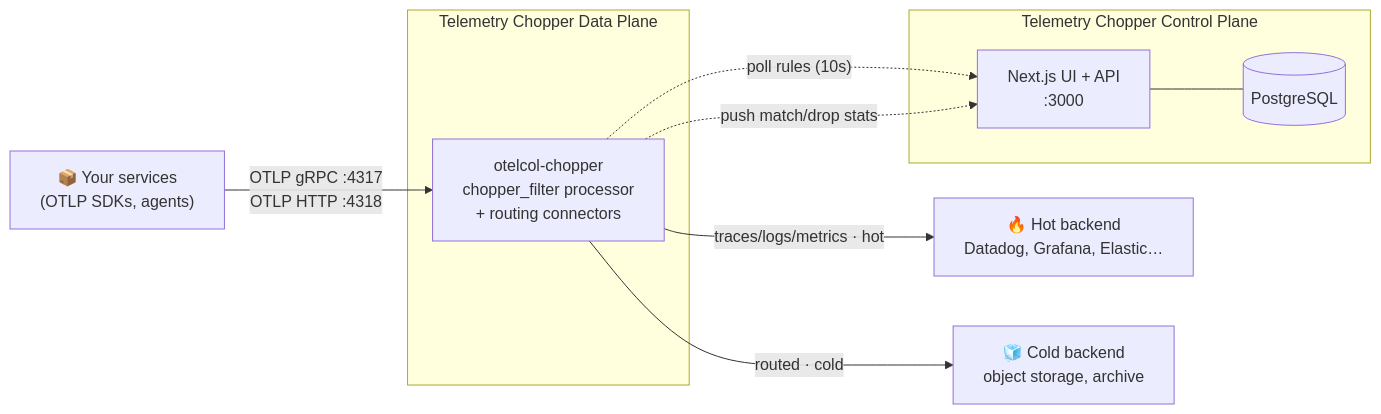
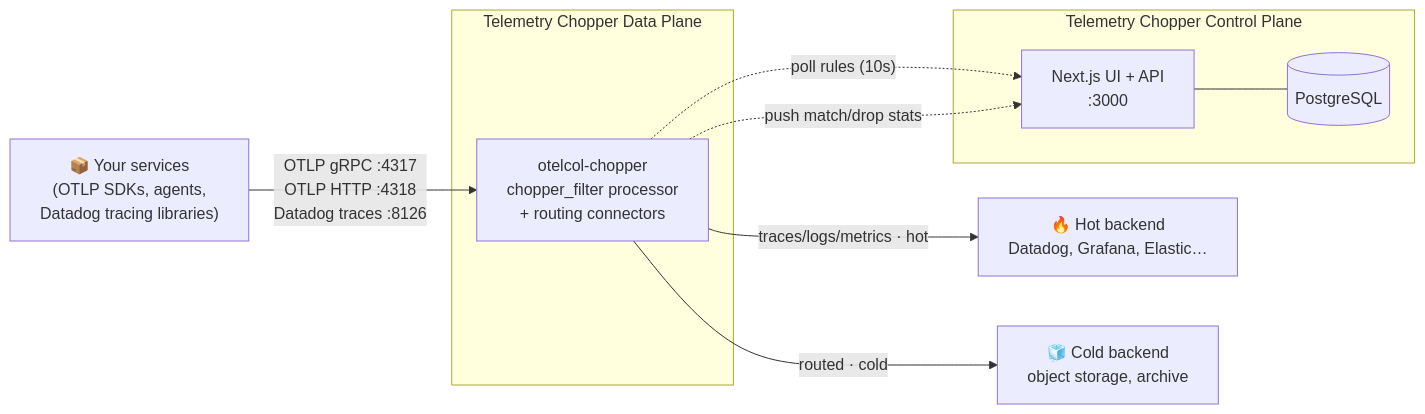
The diagram in README.md (PRIYAM232/telemetry-chopper), drawn with Mermaid before and after one commit. The commit also changed other lines of this file and 15 other files, not shown here.

````diff
--- a/README.md
+++ b/README.md
@@ -58,23 +58,23 @@
 ```mermaid
 flowchart LR
-    apps["📦 Your services<br/>(OTLP SDKs, agents)"]
+    apps["📦 Your services<br/>(OTLP SDKs, agents,<br/>Datadog tracing libraries)"]
 
     subgraph dp ["Telemetry Chopper Data Plane"]
         collector["otelcol-chopper<br/>chopper_filter processor<br/>+ routing connectors"]
     end
 
     subgraph cp ["Telemetry Chopper Control Plane"]
         ui["Next.js UI + API<br/>:3000"]
         db[("PostgreSQL")]
         ui --- db
     end
 
     hot["🔥 Hot backend<br/>Datadog, Grafana, Elastic…"]
     cold["🧊 Cold backend<br/>object storage, archive"]
 
-    apps -- "OTLP gRPC :4317<br/>OTLP HTTP :4318" --> collector
+    apps -- "OTLP gRPC :4317<br/>OTLP HTTP :4318<br/>Datadog traces :8126" --> collector
     collector -. "poll rules (10s)" .-> ui
     collector -. "push match/drop stats" .-> ui
     collector -- "traces/logs/metrics · hot" --> hot
     collector -- "routed · cold" --> cold
 ```
````
